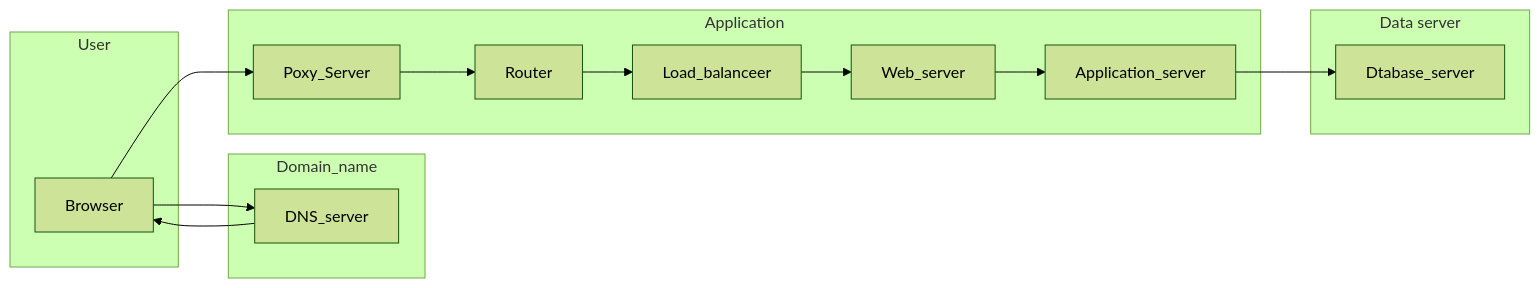
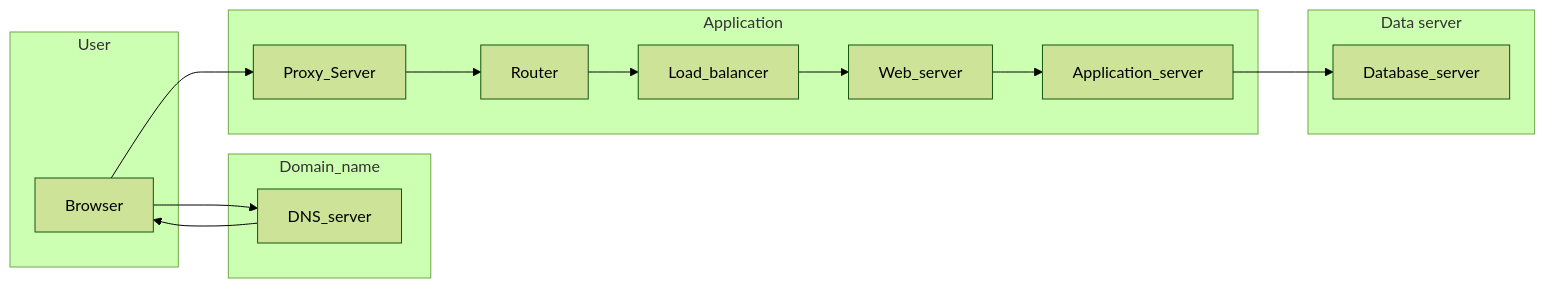
One commit to bennychen2004181026/Coder-Academy-Assignment-T2A1-A changed the tenth of 10 diagrams in README.md. Above: the diagram before and after it, drawn with Mermaid (forest theme). The commit also changed other lines of this file, not shown here.

````diff
--- a/README.md
+++ b/README.md
@@ -562,27 +562,27 @@
 ```mermaid
  graph LR
 
         
  subgraph User
         Browser
  end
  Browser-->DNS_server
 subgraph Domain_name
         DNS_server
  end
  DNS_server-->Browser
-Browser-->Poxy_Server
+Browser-->Proxy_Server
 
  subgraph Application
-        Poxy_Server-->Router
-        Router-->Load_balanceer
-        Load_balanceer-->Web_server
+        Proxy_Server-->Router
+        Router-->Load_balancer
+        Load_balancer-->Web_server
         Web_server-->Application_server
  end
- Application_server-->Dtabase_server
+ Application_server-->Database_server
  subgraph Data server
-        Dtabase_server
+        Database_server
  end
 
 
 ```
````
